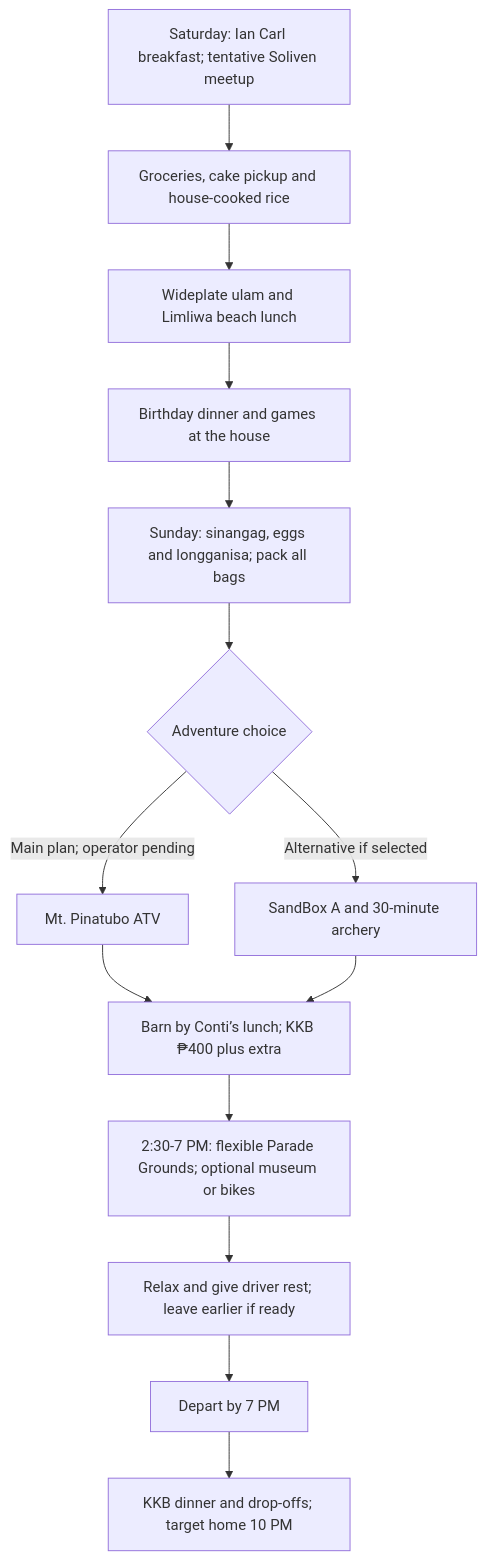
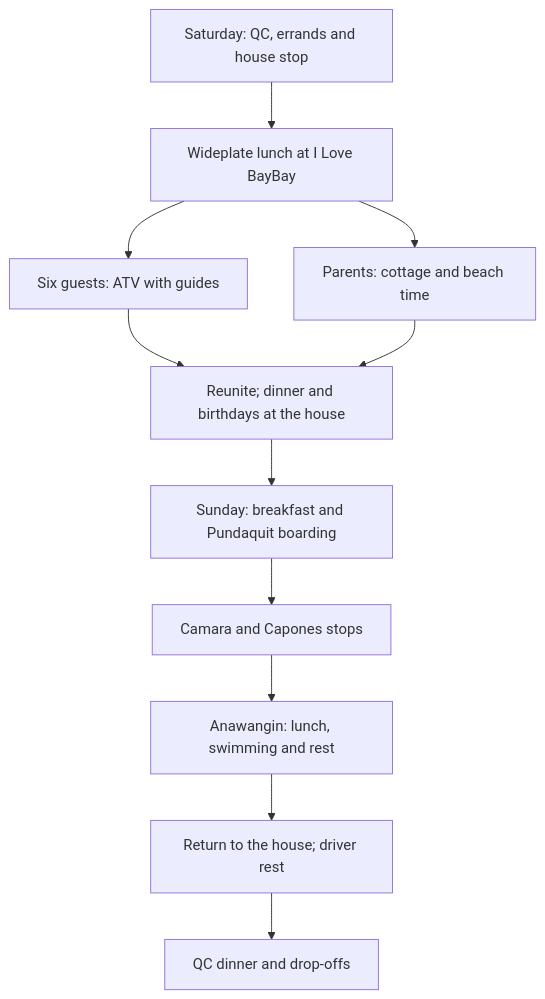
One commit to itsmcliam/Birthday-Plan changed the diagram in assets/trip-flow.mmd. Above: the diagram before and after it, drawn with Mermaid. The commit also changed 12 other files, not shown here.

Commit message:
Update Zambales beach, ATV and island itinerary with revised friend allocation

```diff
--- a/assets/trip-flow.mmd
+++ b/assets/trip-flow.mmd
@@ -1,14 +1,11 @@
 flowchart TD
-    A["Saturday: Ian Carl breakfast; tentative Soliven meetup"] --> B["Groceries, cake pickup and house-cooked rice"]
-    B --> C["Wideplate ulam and Limliwa beach lunch"]
-    C --> D["Birthday dinner and games at the house"]
-    D --> E["Sunday: sinangag, eggs and longganisa; pack all bags"]
-    E --> F{"Adventure choice"}
-    F -->|"Main plan; operator pending"| G["Mt. Pinatubo ATV"]
-    F -->|"Alternative if selected"| H["SandBox A and 30-minute archery"]
-    G --> I["Barn by Conti’s lunch; KKB ₱400 plus extra"]
-    H --> I
-    I --> J["2:30-7 PM: flexible Parade Grounds; optional museum or bikes"]
-    J --> K["Relax and give driver rest; leave earlier if ready"]
-    K --> L["Depart by 7 PM"]
-    L --> M["KKB dinner and drop-offs; target home 10 PM"]
+    A["Saturday: QC, errands and house stop"] --> B["Wideplate lunch at I Love BayBay"]
+    B --> C["Six guests: ATV with guides"]
+    B --> D["Parents: cottage and beach time"]
+    C --> E["Reunite; dinner and birthdays at the house"]
+    D --> E
+    E --> F["Sunday: breakfast and Pundaquit boarding"]
+    F --> G["Camara and Capones stops"]
+    G --> H["Anawangin: lunch, swimming and rest"]
+    H --> I["Return to the house; driver rest"]
+    I --> J["QC dinner and drop-offs"]
```
